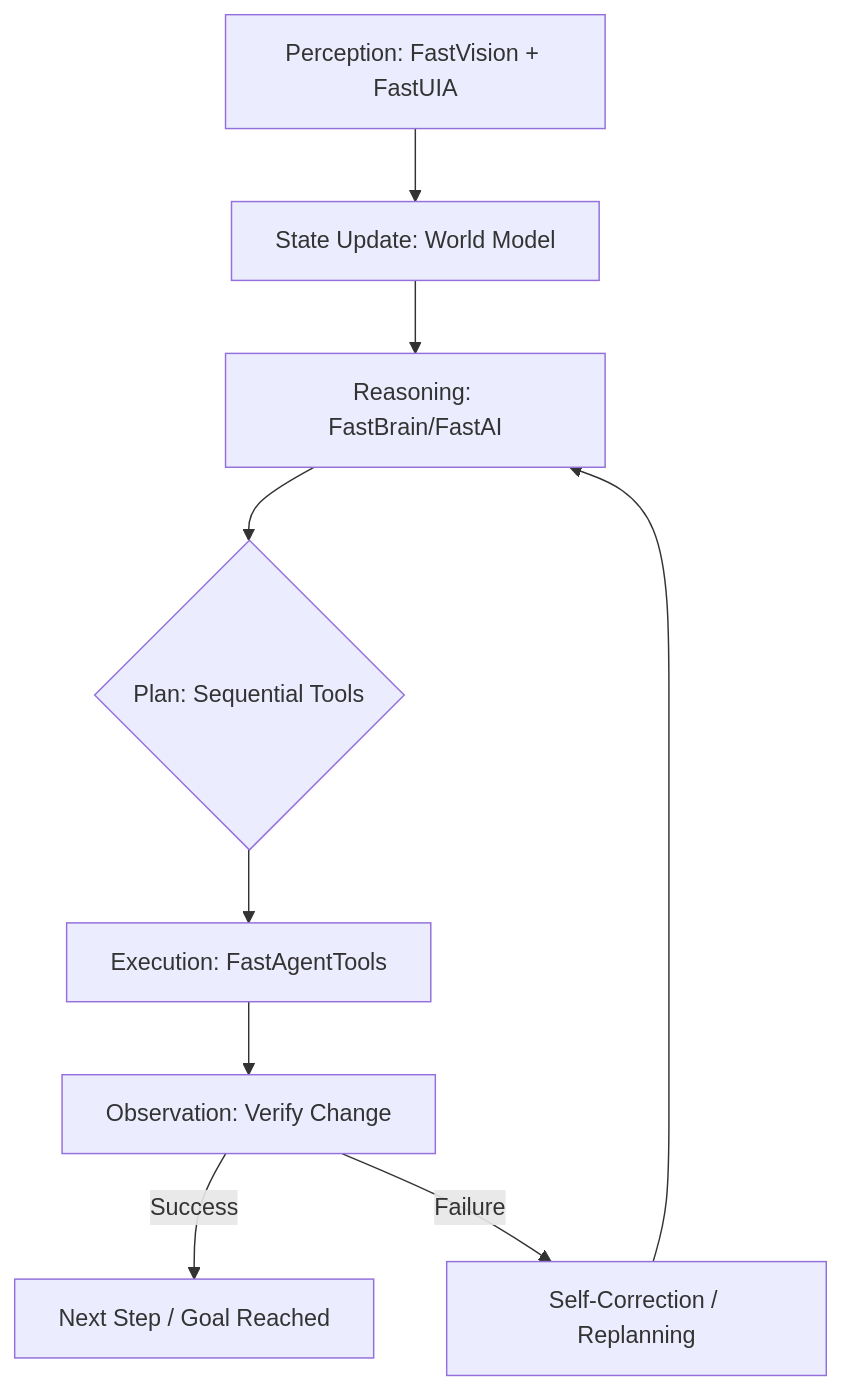
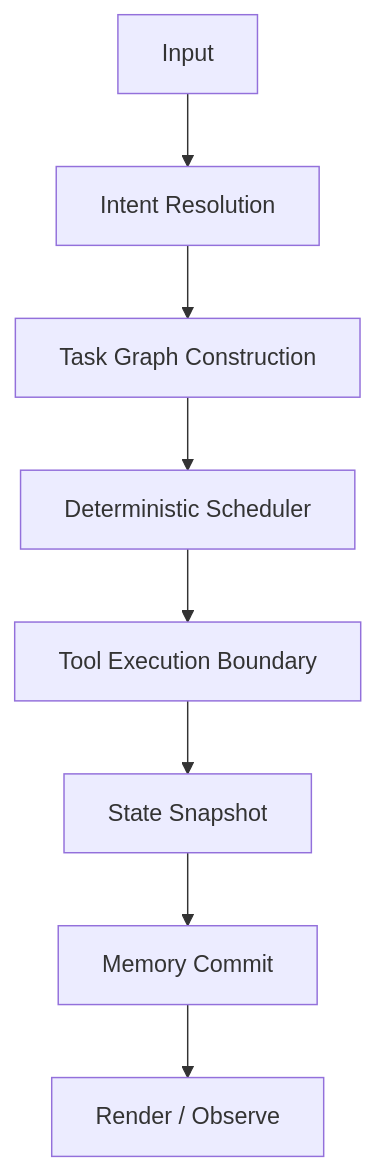
Before and after one commit to andrestubbe/FastAgent: the diagram in README.md, drawn with Mermaid. The commit also changed other lines of this file, not shown here.

Commit message:
Manifest v0.1.2: Added Deterministic Execution Loop pseudo-code

````diff
--- a/README.md
+++ b/README.md
@@ -32,11 +32,10 @@
 ```mermaid
 graph TD
-    A[Perception: FastVision + FastUIA] --> B[State Update: World Model]
-    B --> C[Reasoning: FastBrain/FastAI]
-    C --> D{Plan: Sequential Tools}
-    D --> E[Execution: FastAgentTools]
-    E --> F[Observation: Verify Change]
-    F -->|Success| G[Next Step / Goal Reached]
-    F -->|Failure| H[Self-Correction / Replanning]
-    H --> C
+    Input[Input] --> Intent[Intent Resolution]
+    Intent --> Graph[Task Graph Construction]
+    Graph --> Scheduler[Deterministic Scheduler]
+    Scheduler --> Boundary[Tool Execution Boundary]
+    Boundary --> Snapshot[State Snapshot]
+    Snapshot --> Commit[Memory Commit]
+    Commit --> Observe[Render / Observe]
 ```
````
